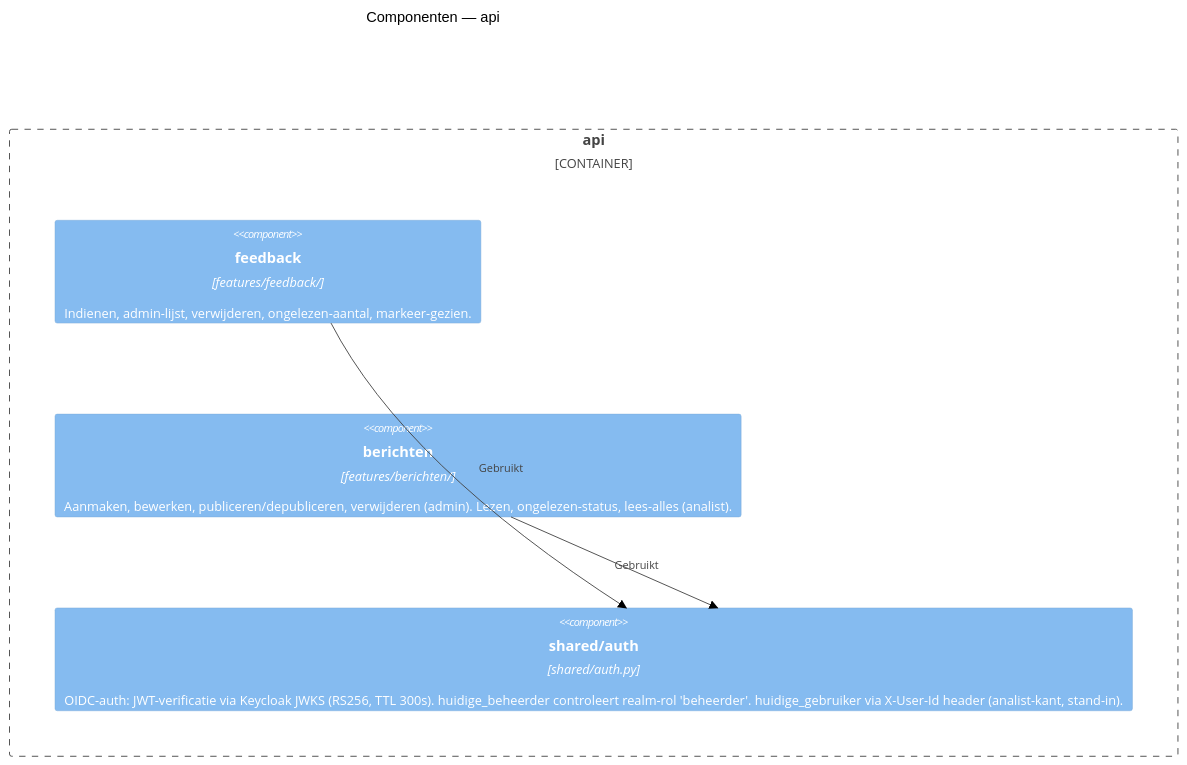
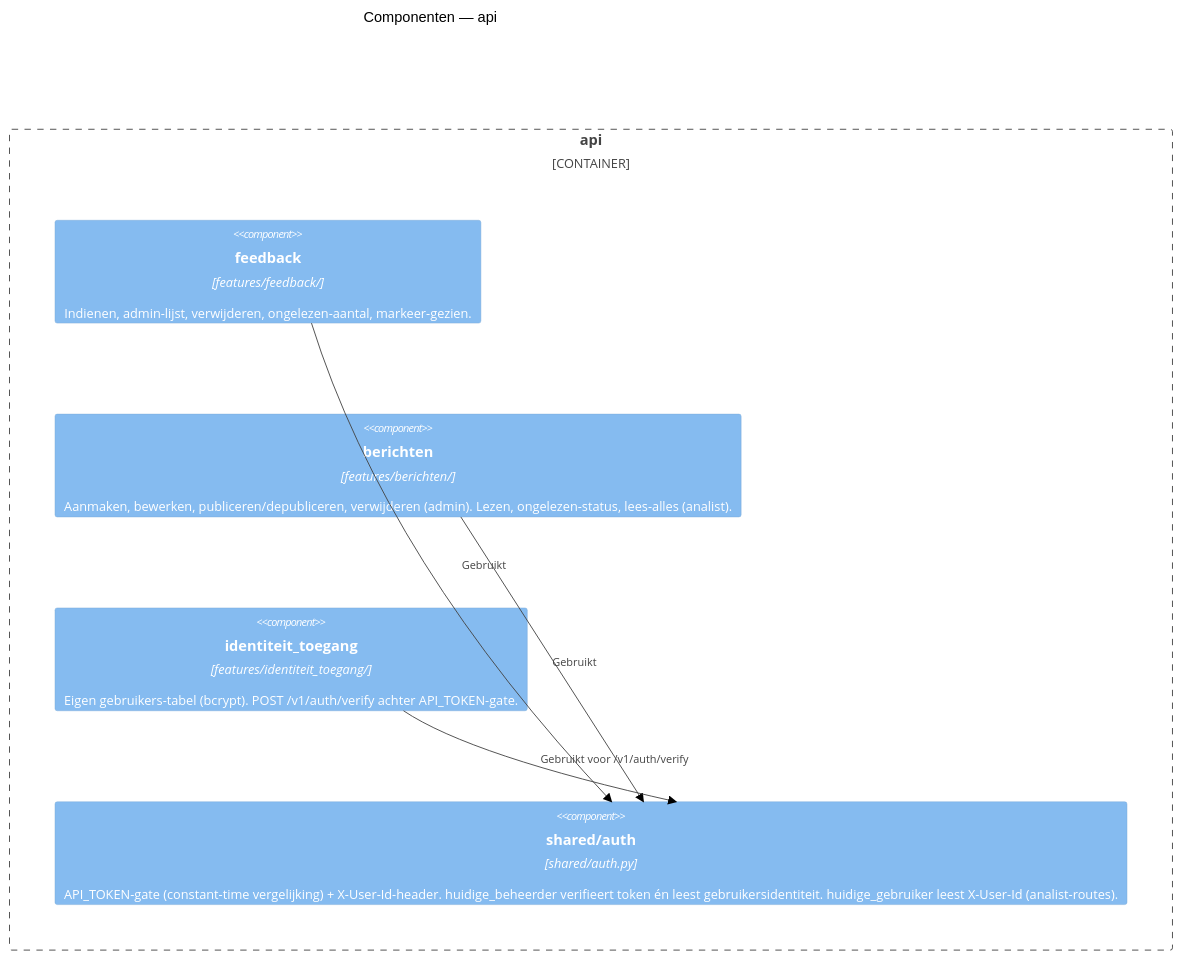
The third of 5 diagrams in docs/architectuur/c4-model.md (jaas0000/lexplainables), drawn with Mermaid (forest theme) before and after one commit. The commit also changed other lines of this file, not shown here.

First line of the commit message:
docs: herschrijf c4-model L1/L2/L3 naar huidige staat (post PR #5/#6)

````diff
--- a/docs/architectuur/c4-model.md
+++ b/docs/architectuur/c4-model.md
@@ -79,13 +74,15 @@
 ```mermaid
 C4Component
   title Componenten — api
 
   Container_Boundary(api, "api") {
     Component(feedback, "feedback", "features/feedback/", "Indienen, admin-lijst, verwijderen, ongelezen-aantal, markeer-gezien.")
     Component(berichten, "berichten", "features/berichten/", "Aanmaken, bewerken, publiceren/depubliceren, verwijderen (admin). Lezen, ongelezen-status, lees-alles (analist).")
-    Component(shared_auth, "shared/auth", "shared/auth.py", "OIDC-auth: JWT-verificatie via Keycloak JWKS (RS256, TTL 300s). huidige_beheerder controleert realm-rol 'beheerder'. huidige_gebruiker via X-User-Id header (analist-kant, stand-in).")
+    Component(identiteit_toegang, "identiteit_toegang", "features/identiteit_toegang/", "Eigen gebruikers-tabel (bcrypt). POST /v1/auth/verify achter API_TOKEN-gate.")
+    Component(shared_auth, "shared/auth", "shared/auth.py", "API_TOKEN-gate (constant-time vergelijking) + X-User-Id-header. huidige_beheerder verifieert token én leest gebruikersidentiteit. huidige_gebruiker leest X-User-Id (analist-routes).")
   }
 
   Rel(berichten, shared_auth, "Gebruikt")
   Rel(feedback, shared_auth, "Gebruikt")
+  Rel(identiteit_toegang, shared_auth, "Gebruikt voor /v1/auth/verify")
 ```
````
